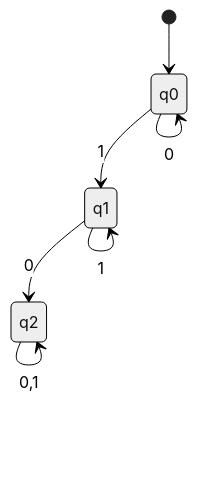
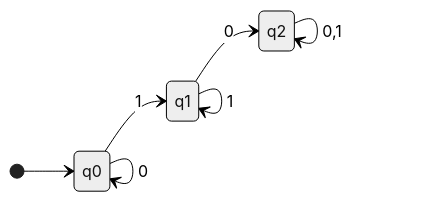
Before and after one commit to bweston6/uol-cs-notes: the second of 3 diagrams in docs/comp218/lectures/_posts/2021-09-28-1.md, drawn with Mermaid (neutral theme). The commit also changed other lines of this file, not shown here.

````diff
--- a/docs/comp218/lectures/_posts/2021-09-28-1.md
+++ b/docs/comp218/lectures/_posts/2021-09-28-1.md
@@ -43,11 +44,12 @@
 ```mermaid
 stateDiagram-v2
+direction LR
 	[*] --> q0
 	q0 --> q1:1
 	q1 --> q2:0
 	q0 --> q0:0
 	q1 --> q1:1
 	q2 --> q2:0,1
 	q0: q0
 	q1: q1
 ```
````
